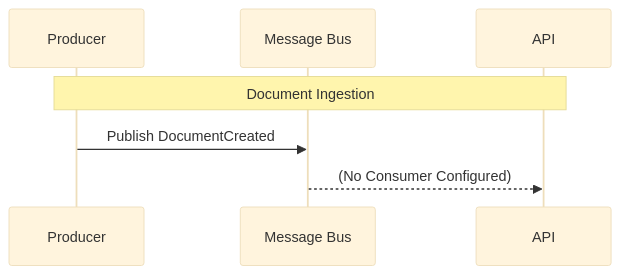
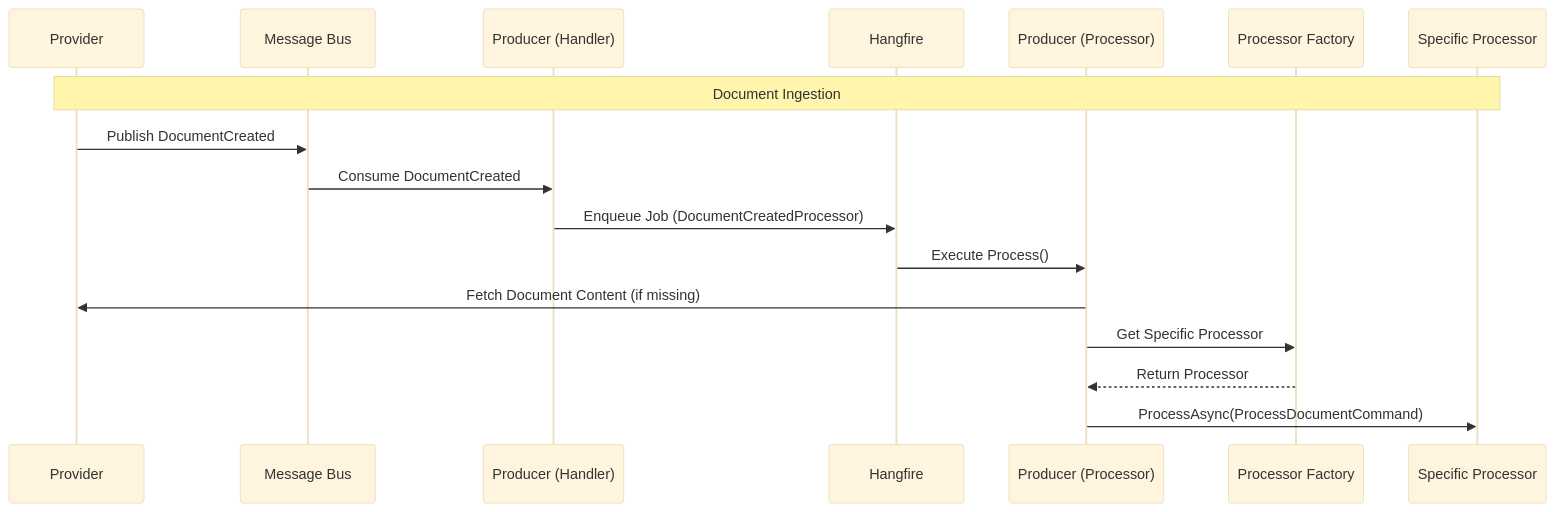
Before and after one commit to jrandallsexton/sports-data-core: the diagram in docs/events/documents/DocumentCreated.md, drawn with Mermaid (base theme). The commit also changed other lines of this file and 4 other files, not shown here.

````diff
--- a/docs/events/documents/DocumentCreated.md
+++ b/docs/events/documents/DocumentCreated.md
@@ -7,10 +7,20 @@
 ```mermaid
 sequenceDiagram
-    participant P as Producer
+    participant Pr as Provider
     participant B as Message Bus
-    participant A as API
+    participant P_H as Producer (Handler)
+    participant HF as Hangfire
+    participant P_P as Producer (Processor)
+    participant P_F as Processor Factory
+    participant P_S as Specific Processor
 
-    Note over P, A: Document Ingestion
-    P->>B: Publish DocumentCreated
-    B-->>A: (No Consumer Configured)
+    Note over Pr, P_S: Document Ingestion
+    Pr->>B: Publish DocumentCreated
+    B->>P_H: Consume DocumentCreated
+    P_H->>HF: Enqueue Job (DocumentCreatedProcessor)
+    HF->>P_P: Execute Process()
+    P_P->>Pr: Fetch Document Content (if missing)
+    P_P->>P_F: Get Specific Processor
+    P_F-->>P_P: Return Processor
+    P_P->>P_S: ProcessAsync(ProcessDocumentCommand)
 ```
````
